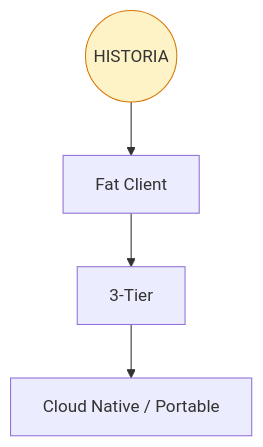
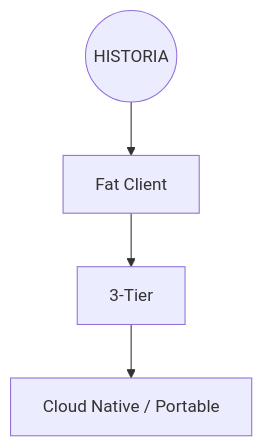
Diagram 12 of 12 in README.md (rraulherediaa/PracticasEstructurasDatos), drawn with Mermaid before and after one commit. The commit also changed other lines of this file and 1 other file, not shown here.

Commit message:
fix: simplificar diagramas Mermaid al máximo para asegurar compatibilidad total

````diff
--- a/README.md
+++ b/README.md
@@ -143,8 +113,5 @@
 ```mermaid
 flowchart TD
     Hist(("HISTORIA"))
     Hist --> Past["Fat Client"] --> Mid["3-Tier"] --> Now["Cloud Native / Portable"]
-
-    classDef history fill:#fef3c7,stroke:#d97706
-    class Hist history
 ```
````
